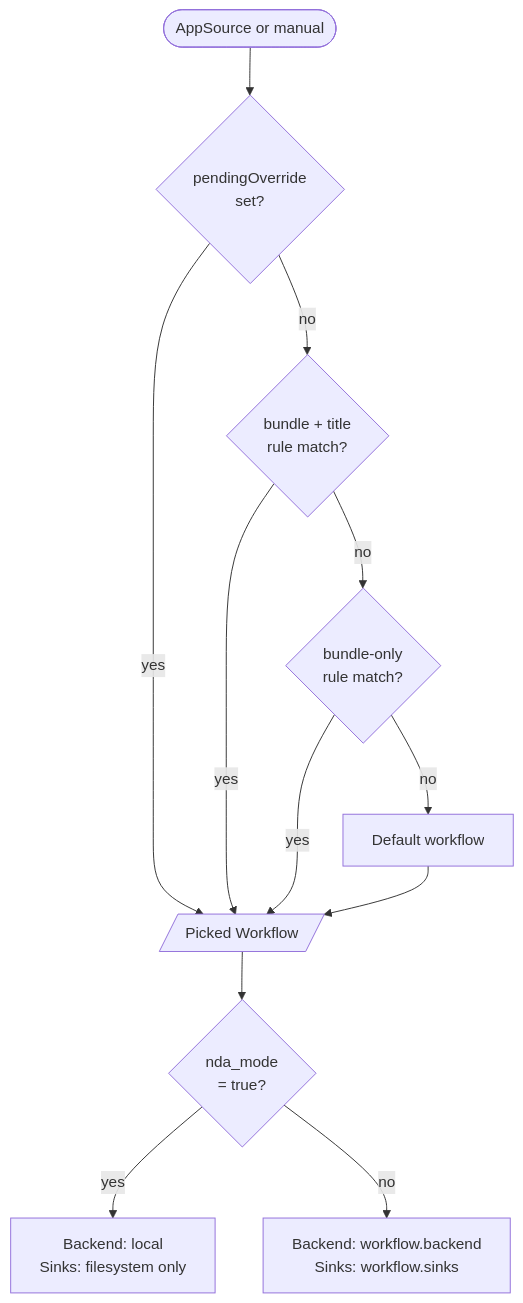
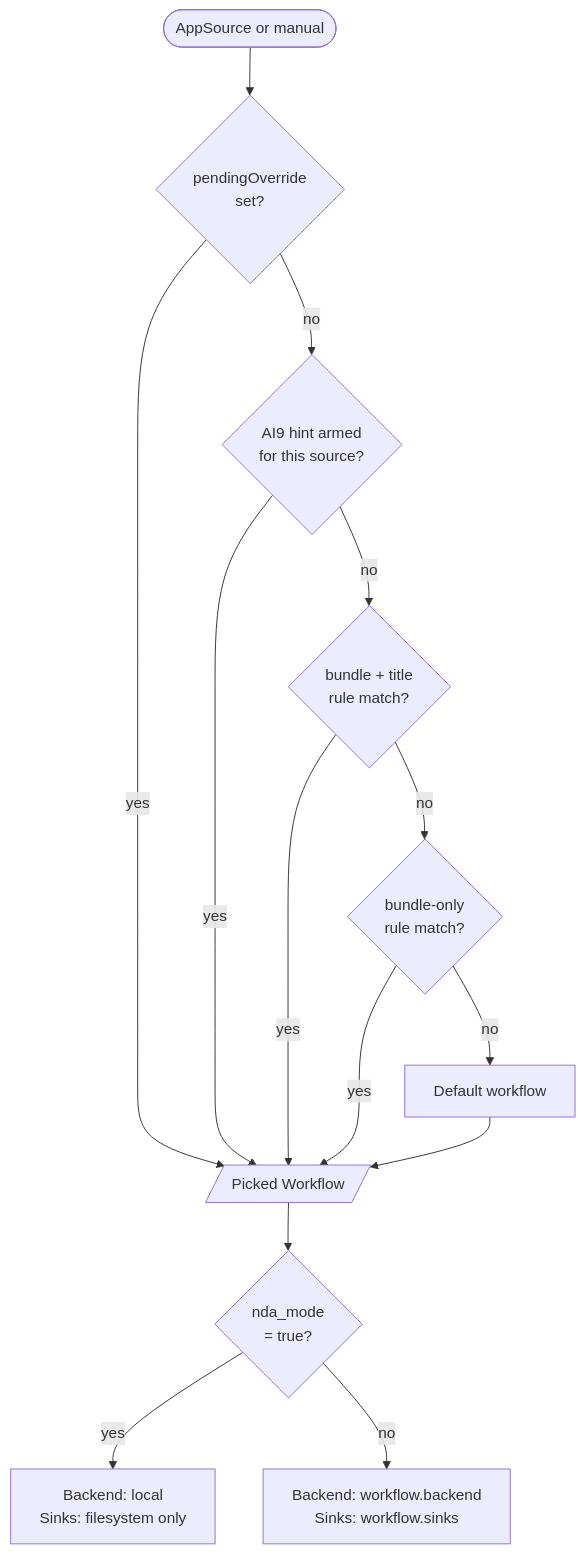
One commit to ggegelya/meeting-pipe changed the fifth of 5 diagrams in ARCHITECTURE.md. Above: the diagram before and after it, drawn with Mermaid. The commit also changed other lines of this file and 19 other files, not shown here.

````diff
--- a/ARCHITECTURE.md
+++ b/ARCHITECTURE.md
@@ -195,24 +195,27 @@
 ```mermaid
 flowchart TD
     Start([AppSource or manual])
     OV{pendingOverride<br/>set?}
+    HINT{"AI9 hint armed<br/>for this source?"}
     BT{bundle + title<br/>rule match?}
     B{bundle-only<br/>rule match?}
     Def[Default workflow]
     Pick[/Picked Workflow/]
     NDA{nda_mode<br/>= true?}
     Local["Backend: local<br/>Sinks: filesystem only"]
     Normal["Backend: workflow.backend<br/>Sinks: workflow.sinks"]
 
     Start --> OV
     OV -->|yes| Pick
-    OV -->|no| BT
+    OV -->|no| HINT
+    HINT -->|yes| Pick
+    HINT -->|no| BT
     BT -->|yes| Pick
     BT -->|no| B
     B -->|yes| Pick
     B -->|no| Def
     Def --> Pick
     Pick --> NDA
     NDA -->|yes| Local
     NDA -->|no| Normal
 ```
````
